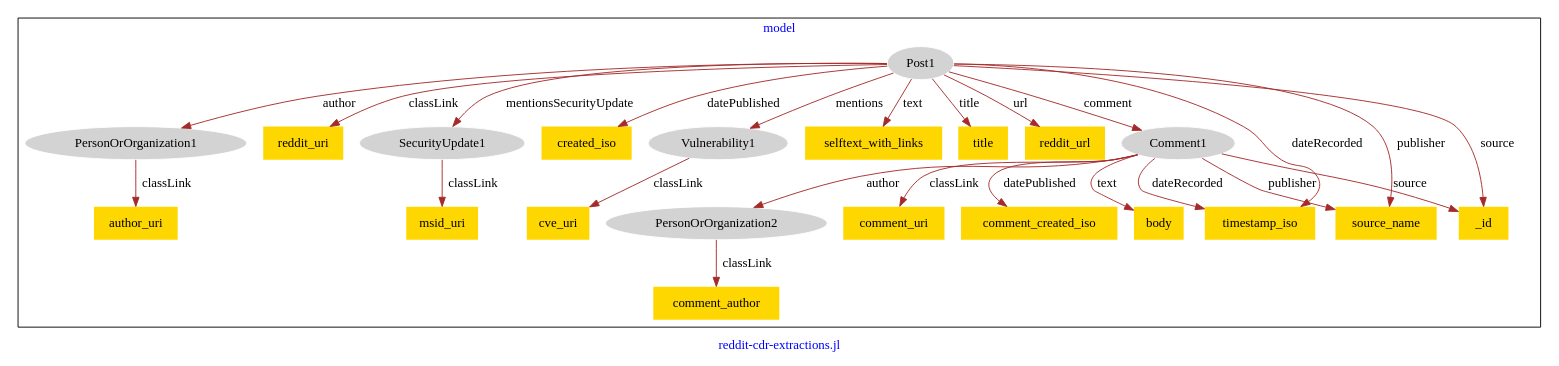
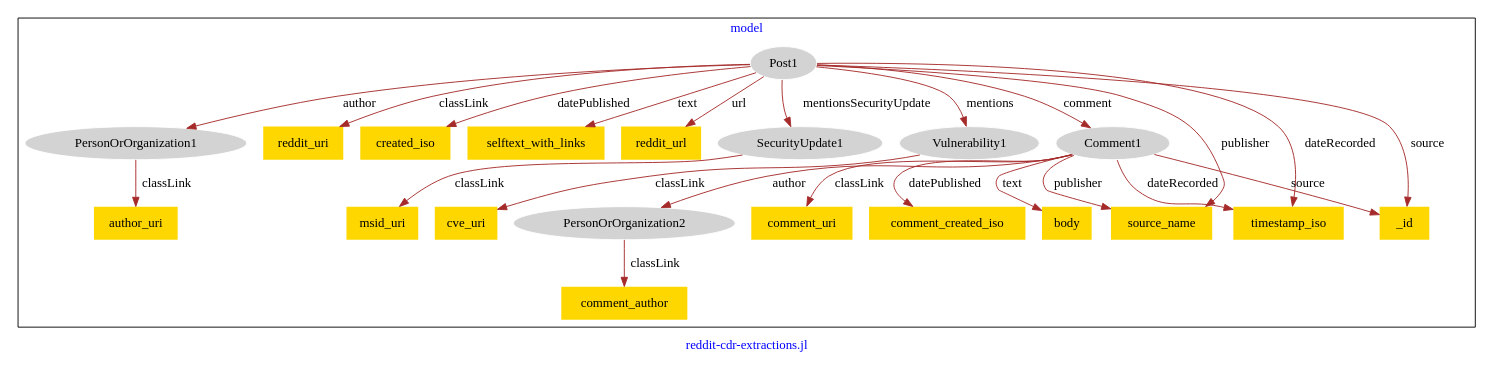
Before and after one commit to usc-isi-i2/effect-alignment: the diagram in models/hg-reddit/hg-reddit-model.dot, drawn with Graphviz.

Commit message:
Update file hg-reddit-model.dot

```diff
--- a/models/hg-reddit/hg-reddit-model.dot
+++ b/models/hg-reddit/hg-reddit-model.dot
@@ -1,52 +1,50 @@
 digraph n0 {
 fontcolor="blue"
 remincross="true"
 label="reddit-cdr-extractions.jl"
 subgraph cluster {
 label="model"
 n2[style="filled",color="white",fillcolor="lightgray",label="PersonOrOrganization1"];
 n3[shape="plaintext",style="filled",fillcolor="gold",label="author_uri"];
 n4[style="filled",color="white",fillcolor="lightgray",label="PersonOrOrganization2"];
 n5[shape="plaintext",style="filled",fillcolor="gold",label="comment_author"];
 n6[style="filled",color="white",fillcolor="lightgray",label="Post1"];
 n7[shape="plaintext",style="filled",fillcolor="gold",label="reddit_uri"];
-n8[style="filled",color="white",fillcolor="lightgray",label="SecurityUpdate1"];
-n9[shape="plaintext",style="filled",fillcolor="gold",label="created_iso"];
-n10[style="filled",color="white",fillcolor="lightgray",label="Vulnerability1"];
-n11[shape="plaintext",style="filled",fillcolor="gold",label="selftext_with_links"];
-n12[shape="plaintext",style="filled",fillcolor="gold",label="title"];
-n13[shape="plaintext",style="filled",fillcolor="gold",label="reddit_url"];
-n14[shape="plaintext",style="filled",fillcolor="gold",label="msid_uri"];
-n15[shape="plaintext",style="filled",fillcolor="gold",label="cve_uri"];
-n16[style="filled",color="white",fillcolor="lightgray",label="Comment1"];
-n17[shape="plaintext",style="filled",fillcolor="gold",label="comment_uri"];
-n18[shape="plaintext",style="filled",fillcolor="gold",label="comment_created_iso"];
-n19[shape="plaintext",style="filled",fillcolor="gold",label="body"];
-n20[shape="plaintext",style="filled",fillcolor="gold",label="_id"];
+n8[shape="plaintext",style="filled",fillcolor="gold",label="created_iso"];
+n9[shape="plaintext",style="filled",fillcolor="gold",label="selftext_with_links"];
+n10[shape="plaintext",style="filled",fillcolor="gold",label="reddit_url"];
+n11[style="filled",color="white",fillcolor="lightgray",label="SecurityUpdate1"];
+n12[shape="plaintext",style="filled",fillcolor="gold",label="msid_uri"];
+n13[style="filled",color="white",fillcolor="lightgray",label="Vulnerability1"];
+n14[shape="plaintext",style="filled",fillcolor="gold",label="cve_uri"];
+n15[style="filled",color="white",fillcolor="lightgray",label="Comment1"];
+n16[shape="plaintext",style="filled",fillcolor="gold",label="comment_uri"];
+n17[shape="plaintext",style="filled",fillcolor="gold",label="comment_created_iso"];
+n18[shape="plaintext",style="filled",fillcolor="gold",label="body"];
+n19[shape="plaintext",style="filled",fillcolor="gold",label="_id"];
+n20[shape="plaintext",style="filled",fillcolor="gold",label="source_name"];
 n21[shape="plaintext",style="filled",fillcolor="gold",label="timestamp_iso"];
-n22[shape="plaintext",style="filled",fillcolor="gold",label="source_name"];
 }
 n2 -> n3[color="brown",fontcolor="black",label="classLink"]
 n4 -> n5[color="brown",fontcolor="black",label="classLink"]
 n6 -> n7[color="brown",fontcolor="black",label="classLink"]
-n6 -> n8[color="brown",fontcolor="black",label="mentionsSecurityUpdate"]
 n6 -> n2[color="brown",fontcolor="black",label="author"]
-n6 -> n9[color="brown",fontcolor="black",label="datePublished"]
-n6 -> n10[color="brown",fontcolor="black",label="mentions"]
-n6 -> n11[color="brown",fontcolor="black",label="text"]
-n6 -> n12[color="brown",fontcolor="black",label="title"]
-n6 -> n13[color="brown",fontcolor="black",label="url"]
-n8 -> n14[color="brown",fontcolor="black",label="classLink"]
-n10 -> n15[color="brown",fontcolor="black",label="classLink"]
-n16 -> n17[color="brown",fontcolor="black",label="classLink"]
-n16 -> n4[color="brown",fontcolor="black",label="author"]
-n16 -> n18[color="brown",fontcolor="black",label="datePublished"]
-n16 -> n19[color="brown",fontcolor="black",label="text"]
-n6 -> n20[color="brown",fontcolor="black",label="source"]
-n16 -> n21[color="brown",fontcolor="black",label="dateRecorded"]
-n16 -> n22[color="brown",fontcolor="black",label="publisher"]
+n6 -> n8[color="brown",fontcolor="black",label="datePublished"]
+n6 -> n9[color="brown",fontcolor="black",label="text"]
+n6 -> n10[color="brown",fontcolor="black",label="url"]
+n11 -> n12[color="brown",fontcolor="black",label="classLink"]
+n13 -> n14[color="brown",fontcolor="black",label="classLink"]
+n15 -> n16[color="brown",fontcolor="black",label="classLink"]
+n15 -> n4[color="brown",fontcolor="black",label="author"]
+n15 -> n17[color="brown",fontcolor="black",label="datePublished"]
+n15 -> n18[color="brown",fontcolor="black",label="text"]
+n15 -> n19[color="brown",fontcolor="black",label="source"]
+n6 -> n20[color="brown",fontcolor="black",label="publisher"]
+n15 -> n21[color="brown",fontcolor="black",label="dateRecorded"]
+n6 -> n11[color="brown",fontcolor="black",label="mentionsSecurityUpdate"]
+n15 -> n20[color="brown",fontcolor="black",label="publisher"]
 n6 -> n21[color="brown",fontcolor="black",label="dateRecorded"]
-n6 -> n22[color="brown",fontcolor="black",label="publisher"]
-n6 -> n16[color="brown",fontcolor="black",label="comment"]
-n16 -> n20[color="brown",fontcolor="black",label="source"]
+n6 -> n19[color="brown",fontcolor="black",label="source"]
+n6 -> n13[color="brown",fontcolor="black",label="mentions"]
+n6 -> n15[color="brown",fontcolor="black",label="comment"]
 }
```
